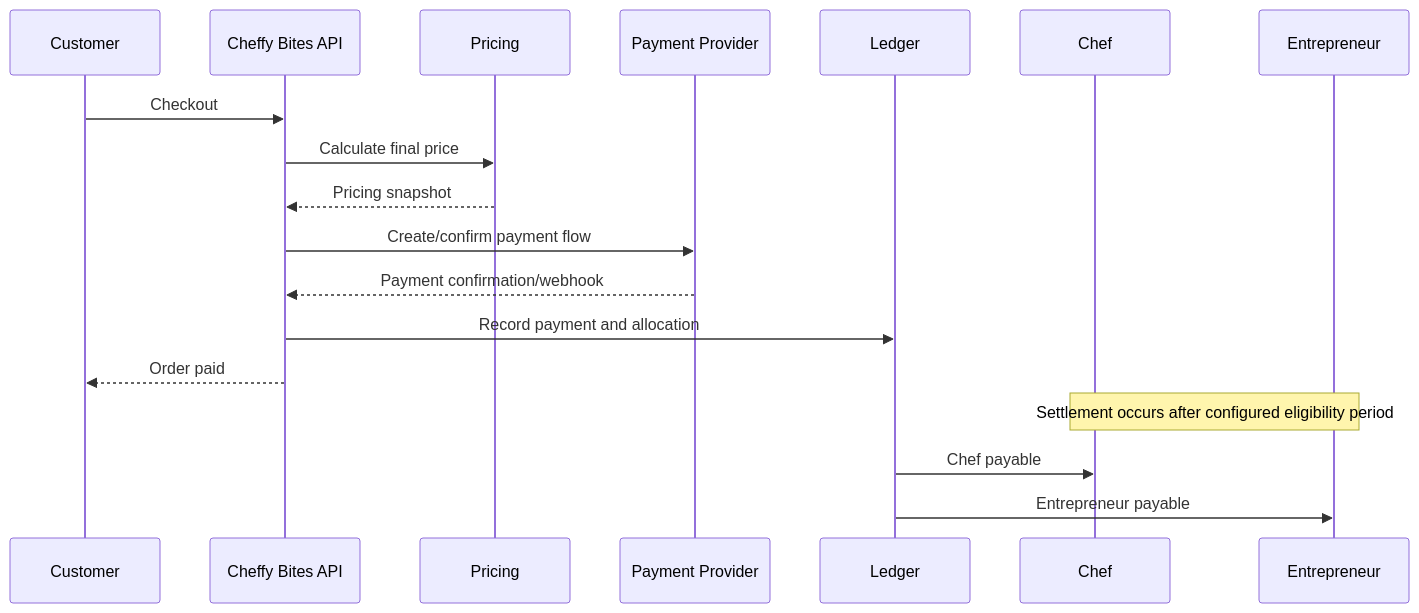
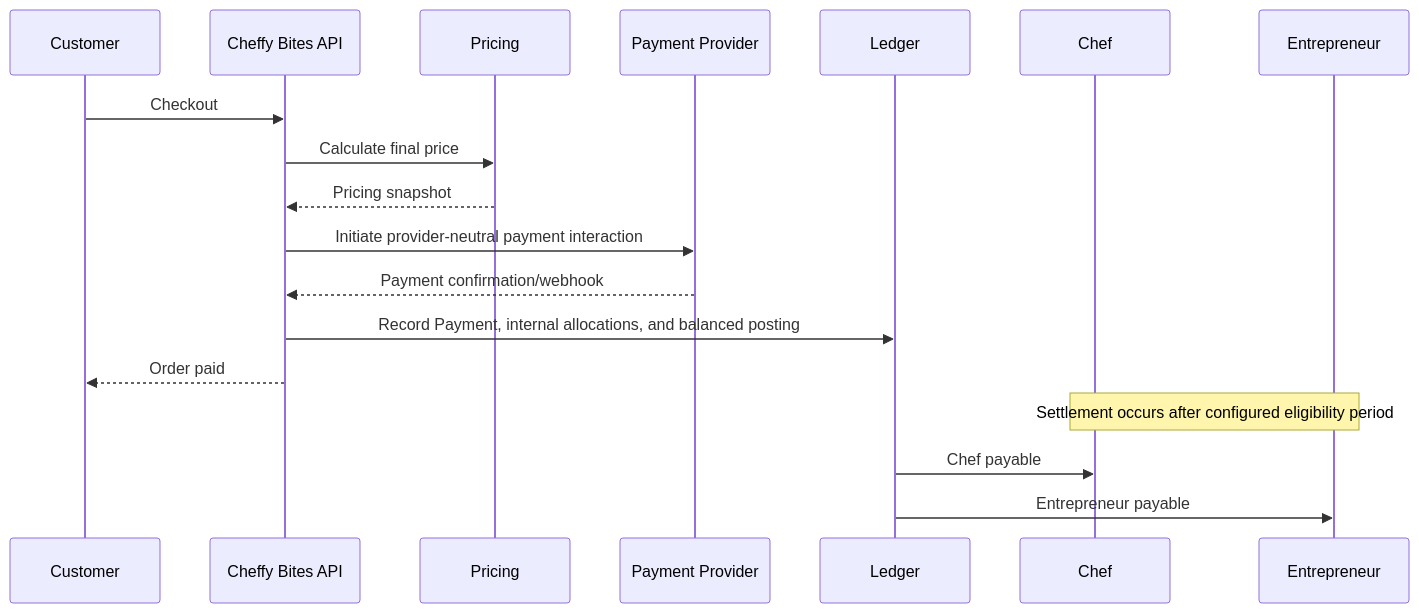
One commit to anshikuper/cheffybites changed the ninth of 13 diagrams in docs/02-detailed-architecture.md. Above: the diagram before and after it, drawn with Mermaid. The commit also changed other lines of this file and 13 other files, not shown here.

Commit message:
Architecture baseline

````diff
--- a/docs/02-detailed-architecture.md
+++ b/docs/02-detailed-architecture.md
@@ -1810,22 +1896,22 @@
 ```mermaid
 sequenceDiagram
     participant C as Customer
     participant API as Cheffy Bites API
     participant P as Pricing
     participant S as Payment Provider
     participant L as Ledger
     participant H as Chef
     participant E as Entrepreneur
 
     C->>API: Checkout
     API->>P: Calculate final price
     P-->>API: Pricing snapshot
-    API->>S: Create/confirm payment flow
+    API->>S: Initiate provider-neutral payment interaction
     S-->>API: Payment confirmation/webhook
-    API->>L: Record payment and allocation
+    API->>L: Record Payment, internal allocations, and balanced posting
     API-->>C: Order paid
 
     Note over H,E: Settlement occurs after configured eligibility period
     L->>H: Chef payable
     L->>E: Entrepreneur payable
 ```
````
